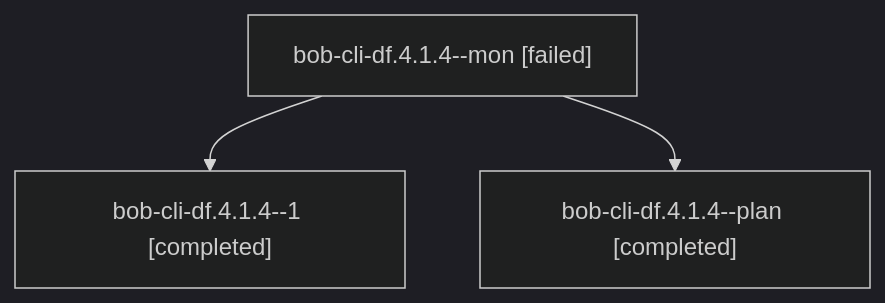
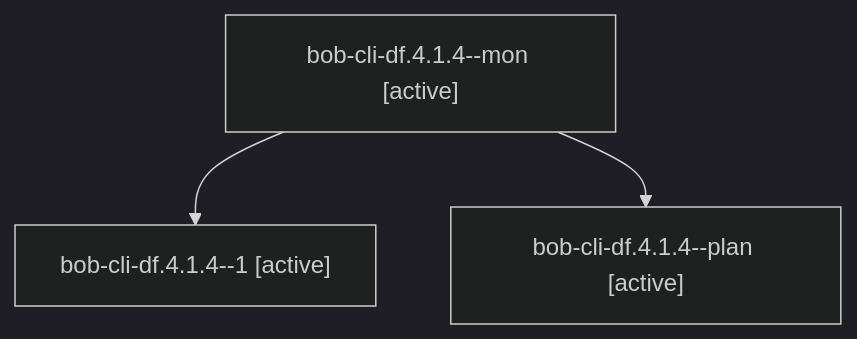
One commit to bobs-org/bob-cli--agents changed the diagram in sessions/bbugyi200.athena.bob-cli-df.4.1.4.md. Above: the diagram before and after it, drawn with Mermaid (dark theme). The commit also changed other lines of this file and 128 other files, not shown here.

````diff
--- a/sessions/bbugyi200.athena.bob-cli-df.4.1.4.md
+++ b/sessions/bbugyi200.athena.bob-cli-df.4.1.4.md
@@ -9,8 +9,8 @@
 ```mermaid
 flowchart TD
-  n0["bob-cli-df.4.1.4--mon [failed]"]
-  n1["bob-cli-df.4.1.4--1 [completed]"]
+  n0["bob-cli-df.4.1.4--mon [active]"]
+  n1["bob-cli-df.4.1.4--1 [active]"]
   n0 --> n1
-  n2["bob-cli-df.4.1.4--plan [completed]"]
+  n2["bob-cli-df.4.1.4--plan [active]"]
   n0 --> n2
 ```
````
